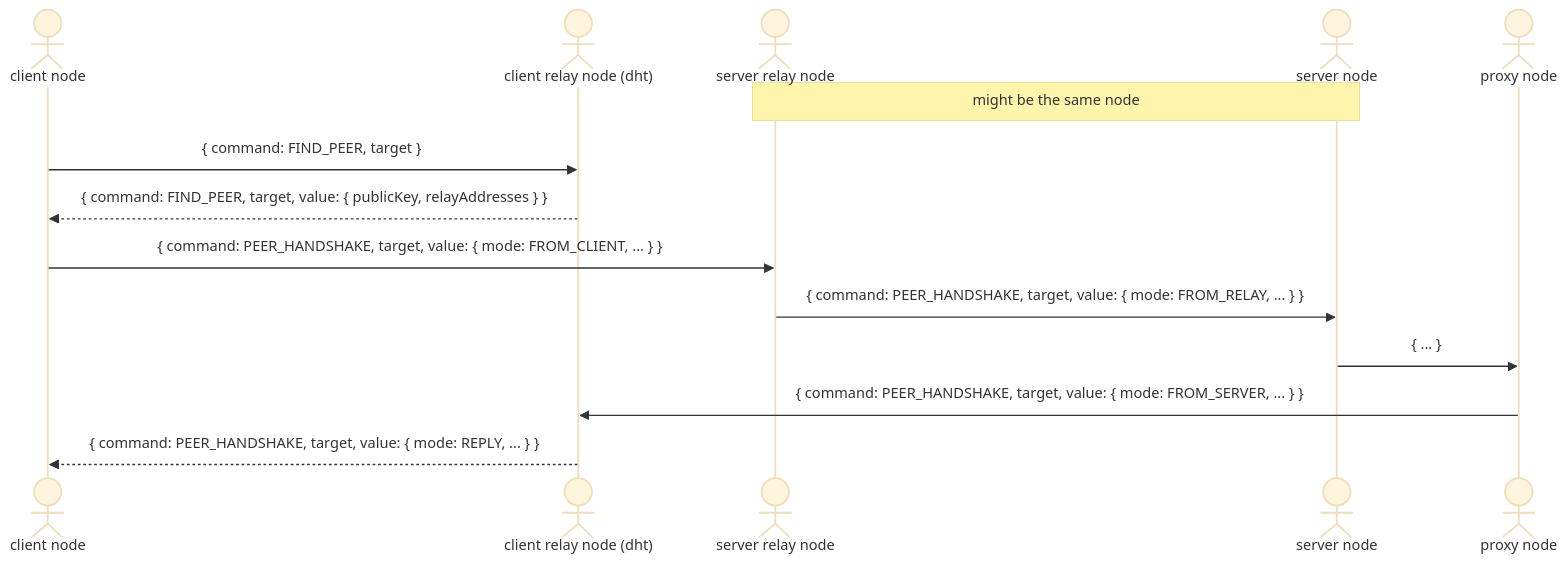
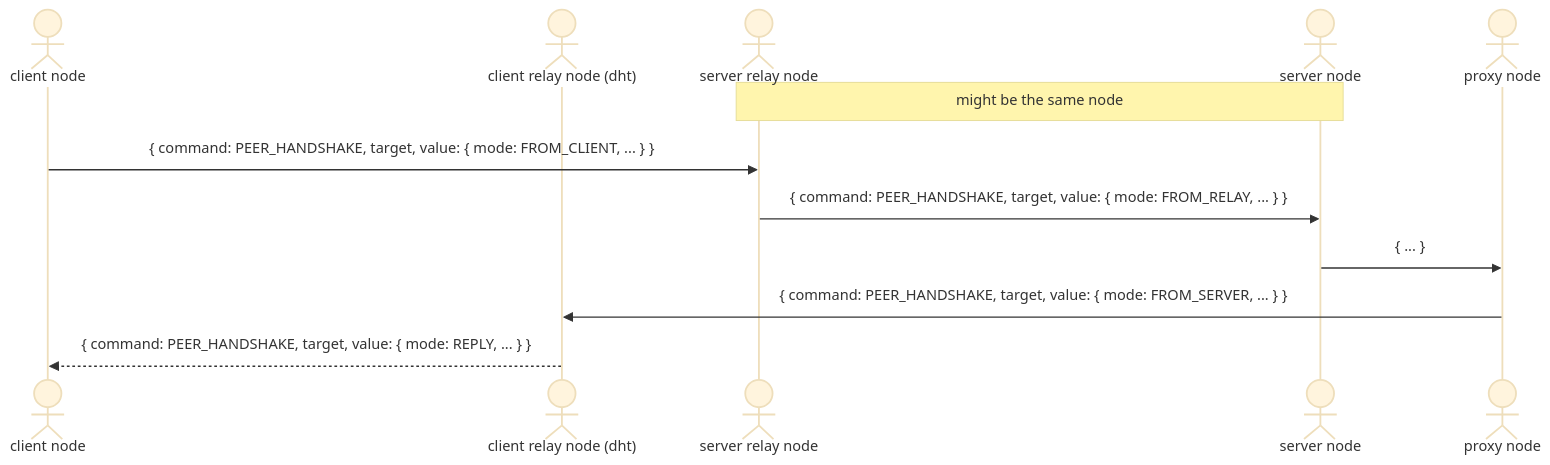
Before and after one commit to AreaLayer/hyperdht: the third of 3 diagrams in docs/handshake.md, drawn with Mermaid (base theme). The commit also changed other lines of this file, not shown here.

Commit message:
Remove `FIND_PEER` step from proxy diagrams

````diff
--- a/docs/handshake.md
+++ b/docs/handshake.md
@@ -64,19 +61,16 @@
 ```mermaid
 sequenceDiagram
     actor c as client node
     actor cr as client relay node (dht)
     actor sr as server relay node
     actor s as server node
     actor p as proxy node
 
     note over sr, s: might be the same node
 
-    c ->> cr: { command: FIND_PEER, target }
-    cr -->> c: { command: FIND_PEER, target, value: { publicKey, relayAddresses } }
-
     c ->> sr: { command: PEER_HANDSHAKE, target, value: { mode: FROM_CLIENT, ... } }
     sr ->> s: { command: PEER_HANDSHAKE, target, value: { mode: FROM_RELAY, ... } }
     s ->> p: { ... }
     p ->> cr: { command: PEER_HANDSHAKE, target, value: { mode: FROM_SERVER, ... } }
     cr -->> c: { command: PEER_HANDSHAKE, target, value: { mode: REPLY, ... } }
 ```
````
